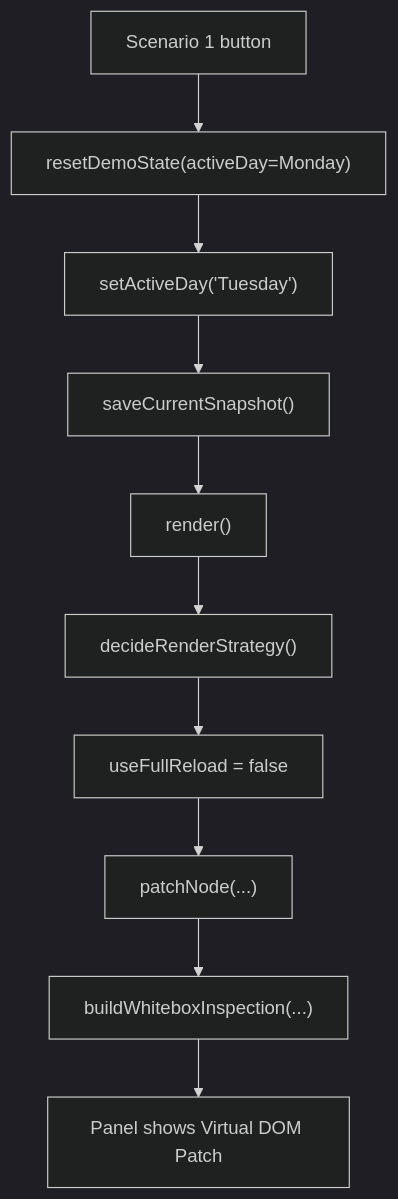
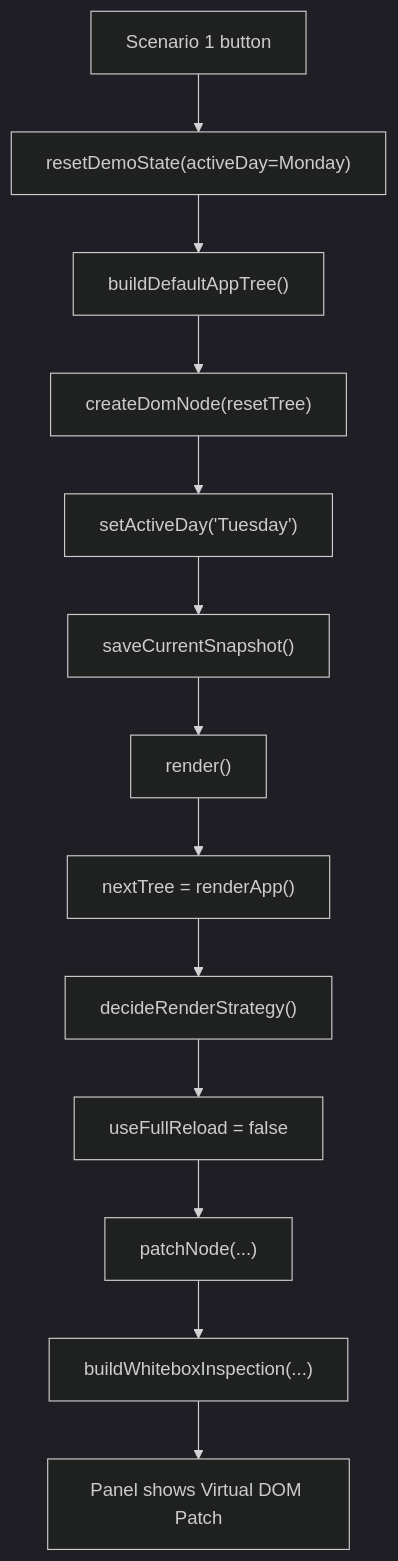
Before and after one commit to ndh5178/4week_codex: the first of 3 diagrams in README.md, drawn with Mermaid (dark theme). The commit also changed other lines of this file, not shown here.

Commit message:
docs: refine whitebox scenario flow

````diff
--- a/README.md
+++ b/README.md
@@ -400,12 +400,15 @@
 ```mermaid
 flowchart TD
     A["Scenario 1 button"] --> B["resetDemoState(activeDay=Monday)"]
-    B --> C["setActiveDay('Tuesday')"]
-    C --> D["saveCurrentSnapshot()"]
-    D --> E["render()"]
-    E --> F["decideRenderStrategy()"]
-    F --> G["useFullReload = false"]
-    G --> H["patchNode(...)"]
-    H --> I["buildWhiteboxInspection(...)"]
-    I --> J["Panel shows Virtual DOM Patch"]
+    B --> C["buildDefaultAppTree()"]
+    C --> D["createDomNode(resetTree)"]
+    D --> E["setActiveDay('Tuesday')"]
+    E --> F["saveCurrentSnapshot()"]
+    F --> G["render()"]
+    G --> H["nextTree = renderApp()"]
+    H --> I["decideRenderStrategy()"]
+    I --> J["useFullReload = false"]
+    J --> K["patchNode(...)"]
+    K --> L["buildWhiteboxInspection(...)"]
+    L --> M["Panel shows Virtual DOM Patch"]
 ```
````
